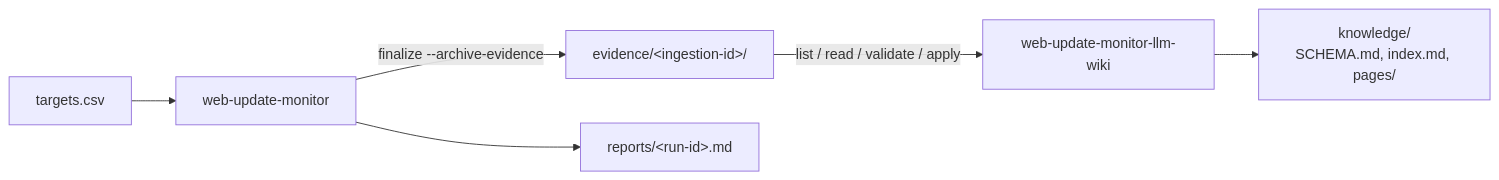
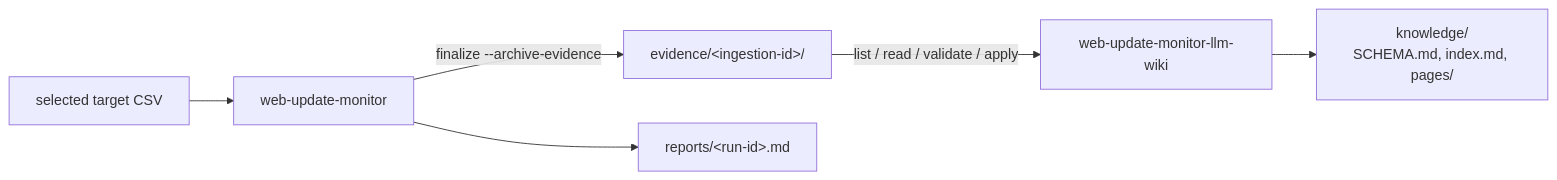
The second of 2 diagrams in README.md (dceoy/wsum), drawn with Mermaid before and after one commit. The commit also changed other lines of this file and 7 other files, not shown here.

Commit message:
Make target CSV input explicit (#55)

````diff
--- a/README.md
+++ b/README.md
@@ -51,8 +51,8 @@
 ```mermaid
 flowchart LR
-    CSV["targets.csv"] --> CORE["web-update-monitor"]
+    CSV["selected target CSV"] --> CORE["web-update-monitor"]
     CORE -->|"finalize --archive-evidence"| EV["evidence/&lt;ingestion-id&gt;/"]
     CORE --> REPORT["reports/&lt;run-id&gt;.md"]
     EV -->|"list / read / validate / apply"| WIKI["web-update-monitor-llm-wiki"]
     WIKI --> KB["knowledge/<br/>SCHEMA.md, index.md, pages/"]
 ```
````
